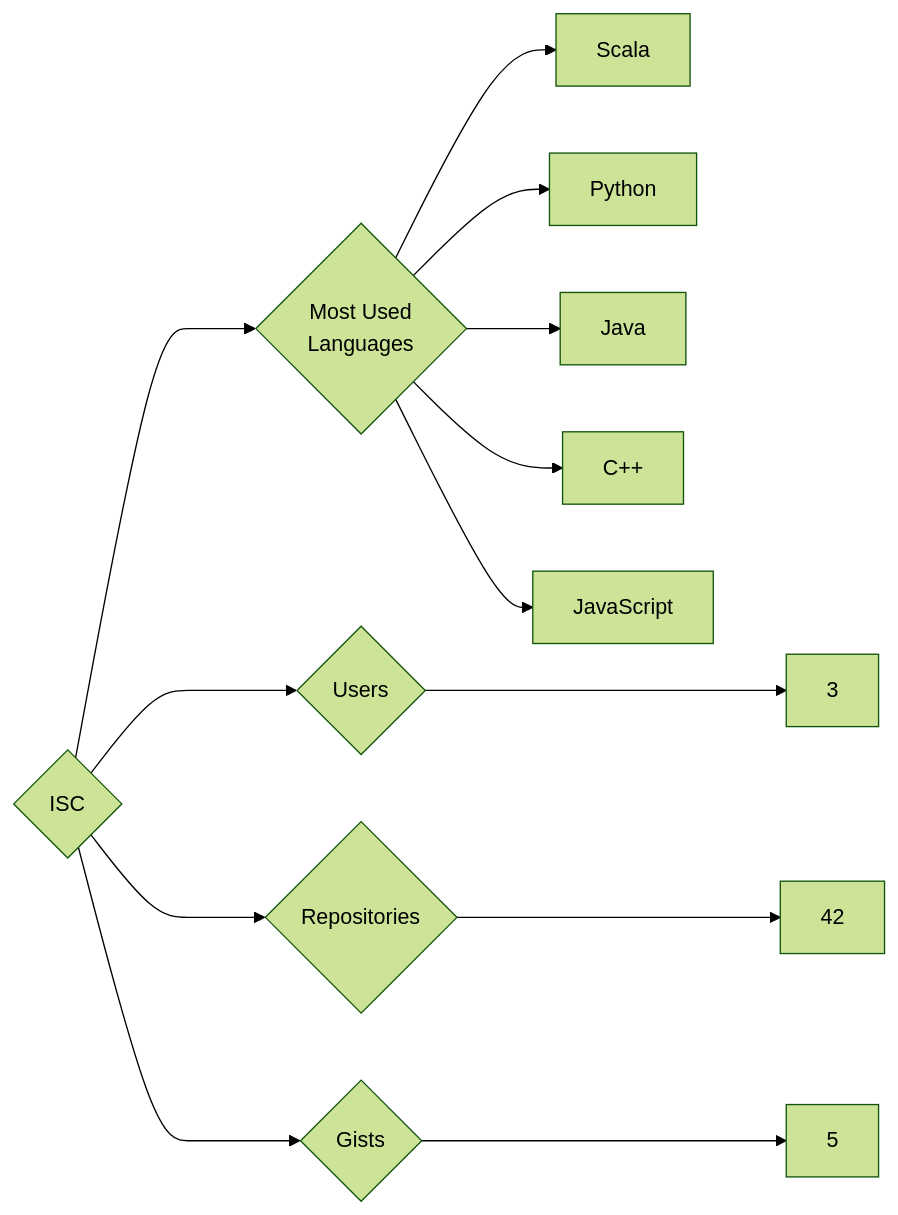
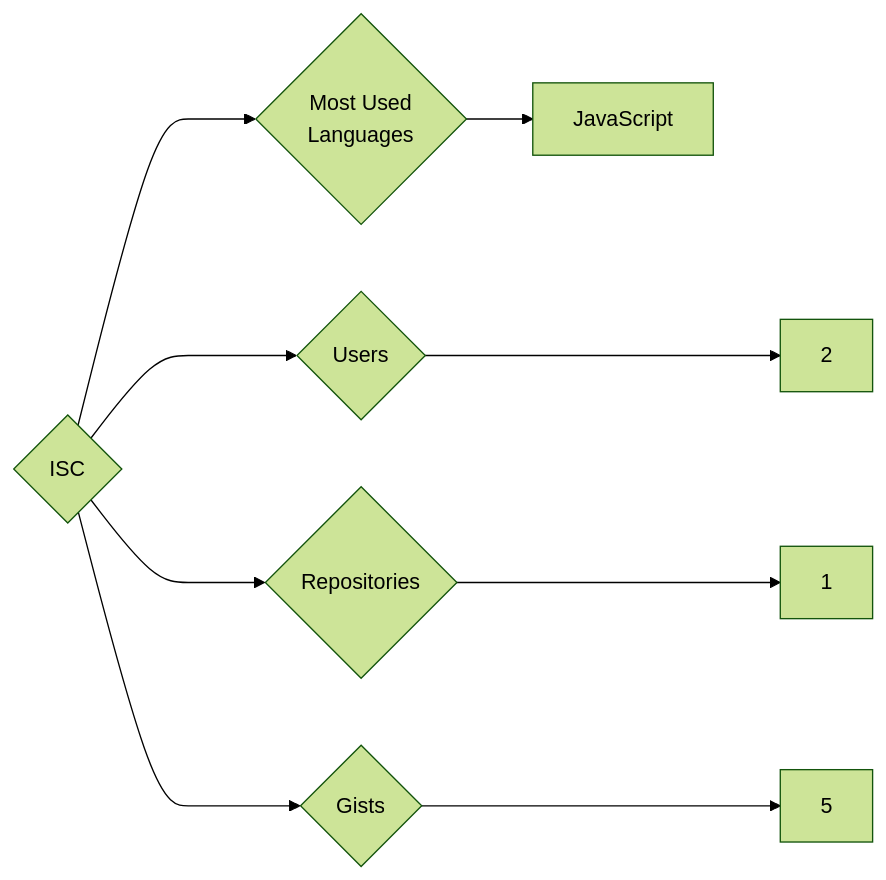
The diagram in targets/ISC/README.md (trickest/insiders), drawn with Mermaid (forest theme) before and after one commit. The commit also changed 757 other files, not shown here.

````diff
--- a/targets/ISC/README.md
+++ b/targets/ISC/README.md
@@ -3,13 +3,9 @@
 ```mermaid
 graph LR
 COMPANY_NAME{ISC}
-COMPANY_NAME ---> U{Users} ---> UN[3]
-COMPANY_NAME ---> R{Repositories} ---> RN[42]
+COMPANY_NAME ---> U{Users} ---> UN[2]
+COMPANY_NAME ---> R{Repositories} ---> RN[1]
 COMPANY_NAME ---> G{Gists} ---> GN[5]
 COMPANY_NAME ---> ML{Most Used<br>Languages}
-ML --> Scala[Scala]
-ML --> Python[Python]
-ML --> Java[Java]
-ML --> C++[C++]
 ML --> JavaScript[JavaScript]
 ```
````
